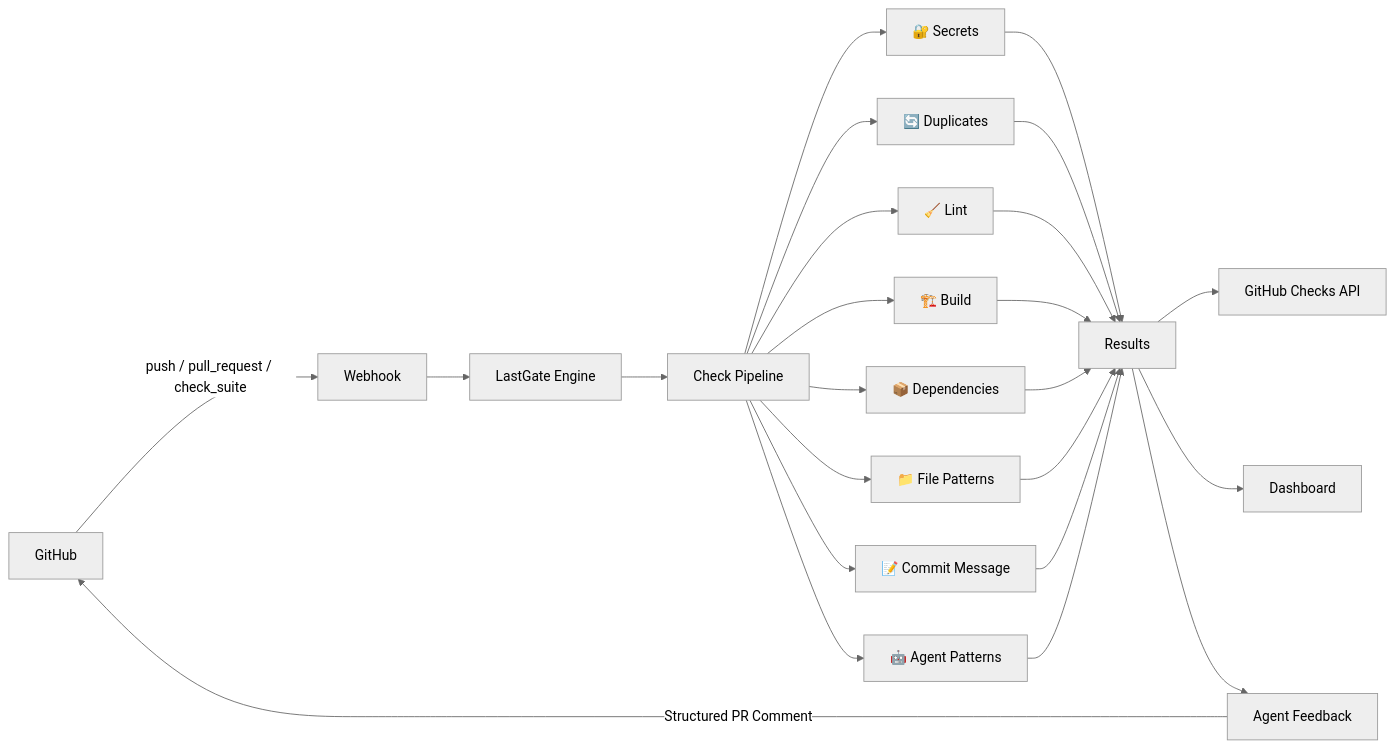
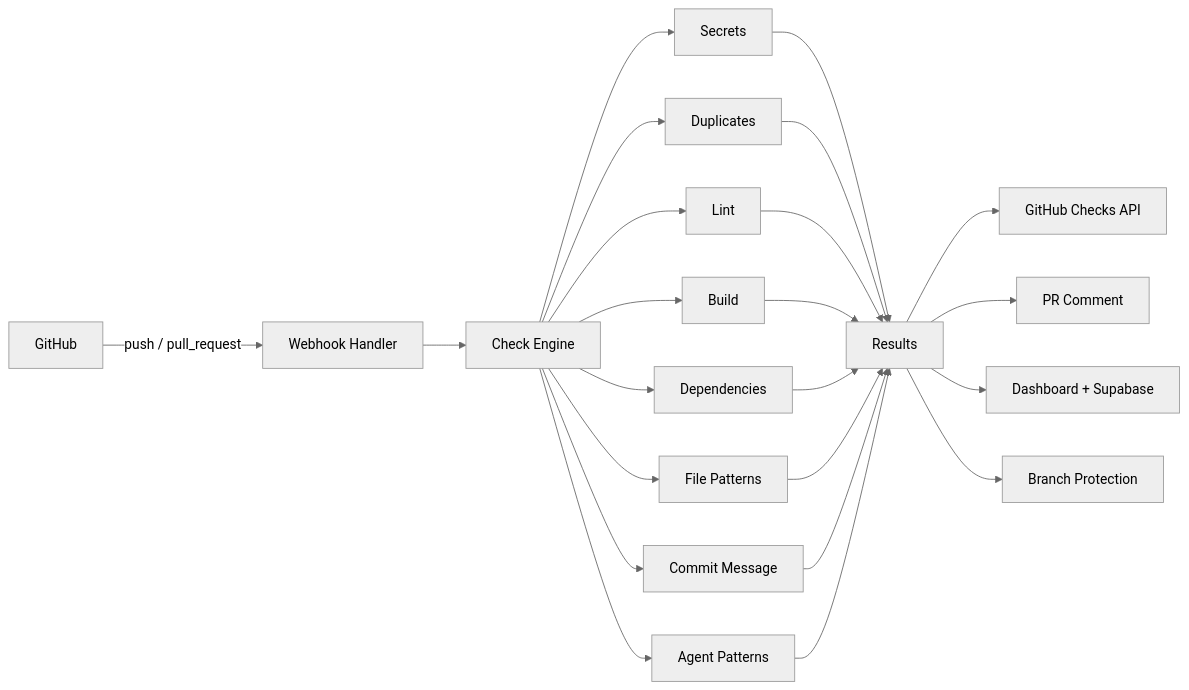
One commit to AaronCx/LastGate changed the diagram in README.md. Above: the diagram before and after it, drawn with Mermaid (neutral theme). The commit also changed other lines of this file and 26 other files, not shown here.

````diff
--- a/README.md
+++ b/README.md
@@ -200,19 +289,18 @@
 ```mermaid
 graph LR
-    A[GitHub] -->|push / pull_request / check_suite| B[Webhook]
-    B --> C[LastGate Engine]
-    C --> D[Check Pipeline]
-    D --> D1[🔐 Secrets]
-    D --> D2[🔄 Duplicates]
-    D --> D3[🧹 Lint]
-    D --> D4[🏗️ Build]
-    D --> D5[📦 Dependencies]
-    D --> D6[📁 File Patterns]
-    D --> D7[📝 Commit Message]
-    D --> D8[🤖 Agent Patterns]
+    A[GitHub] -->|push / pull_request| B[Webhook Handler]
+    B --> C[Check Engine]
+    C --> D1[Secrets]
+    C --> D2[Duplicates]
+    C --> D3[Lint]
+    C --> D4[Build]
+    C --> D5[Dependencies]
+    C --> D6[File Patterns]
+    C --> D7[Commit Message]
+    C --> D8[Agent Patterns]
     D1 & D2 & D3 & D4 & D5 & D6 & D7 & D8 --> E[Results]
     E --> F[GitHub Checks API]
-    E --> G[Dashboard]
-    E --> H[Agent Feedback]
-    H -->|Structured PR Comment| A
+    E --> G[PR Comment]
+    E --> H[Dashboard + Supabase]
+    E --> I[Branch Protection]
 ```
````
